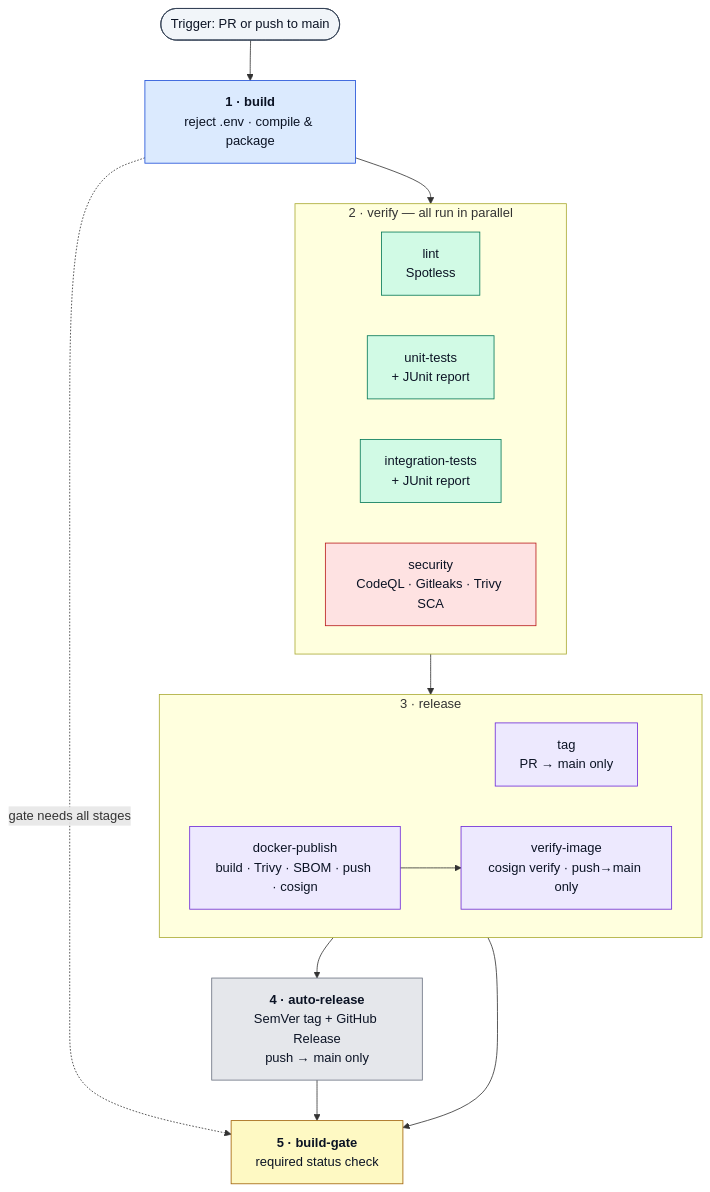
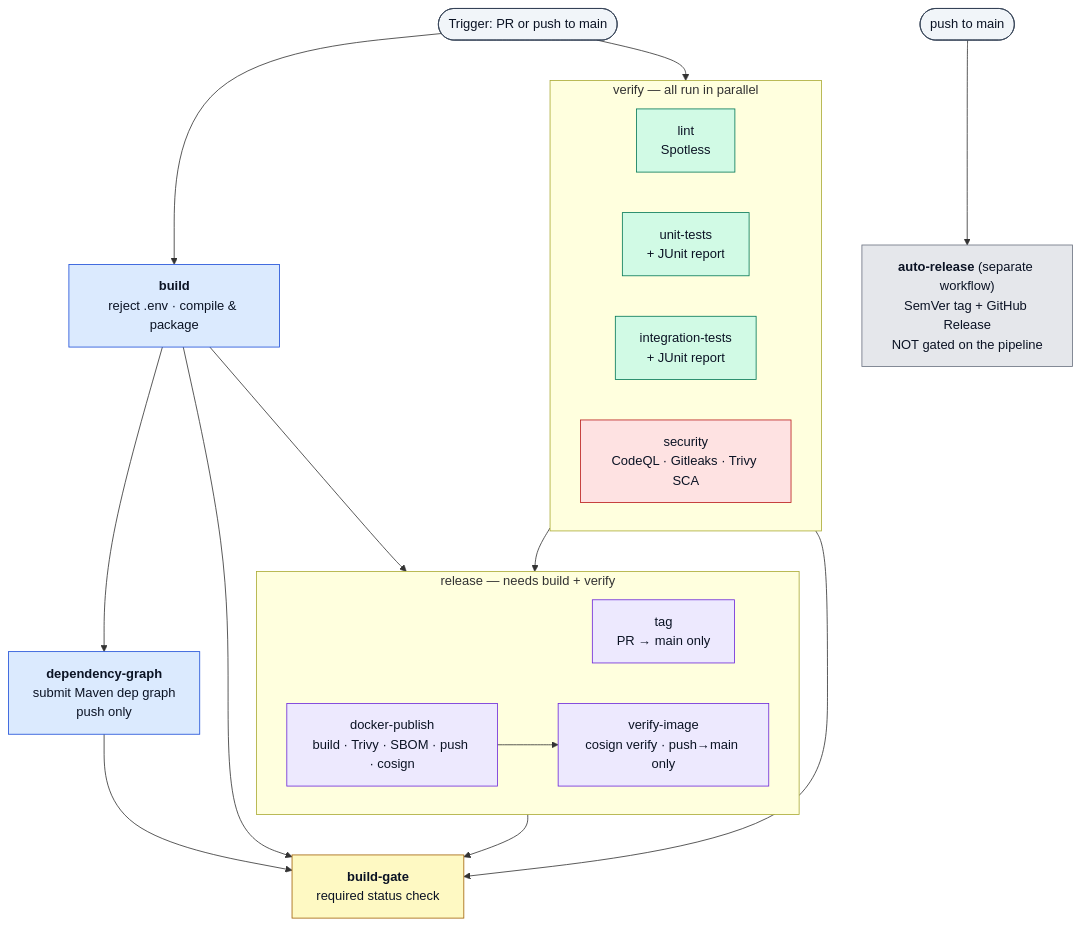
The diagram in README.md (pse-wtag/ci-cd-template), drawn with Mermaid before and after one commit. The commit also changed other lines of this file, not shown here.

````diff
--- a/README.md
+++ b/README.md
@@ -119,41 +145,45 @@
 ```mermaid
 flowchart TD
     T([Trigger: PR or push to main]):::trig
 
-    T --> B["<b>1 · build</b><br/>reject .env · compile &amp; package"]:::s1
+    T --> B["<b>build</b><br/>reject .env · compile &amp; package"]:::s1
+    T --> P2
 
-    subgraph P2 ["2 · verify — all run in parallel"]
+    B --> DG["<b>dependency-graph</b><br/>submit Maven dep graph<br/>push only"]:::s1
+
+    subgraph P2 ["verify — all run in parallel"]
         direction LR
         L["lint<br/>Spotless"]:::s2
         U["unit-tests<br/>+ JUnit report"]:::s2
         I["integration-tests<br/>+ JUnit report"]:::s2
         S["security<br/>CodeQL · Gitleaks · Trivy SCA"]:::s3
     end
 
-    subgraph P3 ["3 · release"]
+    subgraph P3 ["release — needs build + verify"]
         direction LR
         TG["tag<br/>PR → main only"]:::s4
         D["docker-publish<br/>build · Trivy · SBOM · push · cosign"]:::s4
         V["verify-image<br/>cosign verify · push→main only"]:::s4
         D --> V
     end
 
-    AR["<b>4 · auto-release</b><br/>SemVer tag + GitHub Release<br/>push → main only"]:::ind
+    B --> P3
+    P2 --> P3
 
-    G["<b>5 · build-gate</b><br/>required status check"]:::s5
+    G["<b>build-gate</b><br/>required status check"]:::s5
 
-    B --> P2
-    P2 --> P3
-    P3 --> AR
+    B --> G
+    DG --> G
+    P2 --> G
     P3 --> G
-    AR --> G
-    B -. gate needs all stages .-> G
+
+    T2([push to main]):::trig --> AR["<b>auto-release</b> (separate workflow)<br/>SemVer tag + GitHub Release<br/>NOT gated on the pipeline"]:::ind
 
     classDef trig fill:#f1f5f9,stroke:#334155,color:#0b1324;
     classDef s1 fill:#dbeafe,stroke:#1d4ed8,color:#0b1324;
     classDef s2 fill:#d1fae5,stroke:#047857,color:#0b1324;
     classDef s3 fill:#fee2e2,stroke:#b91c1c,color:#0b1324;
     classDef s4 fill:#ede9fe,stroke:#6d28d9,color:#0b1324;
     classDef s5 fill:#fef9c3,stroke:#a16207,color:#0b1324;
     classDef ind fill:#e5e7eb,stroke:#6b7280,color:#0b1324;
 ```
````
